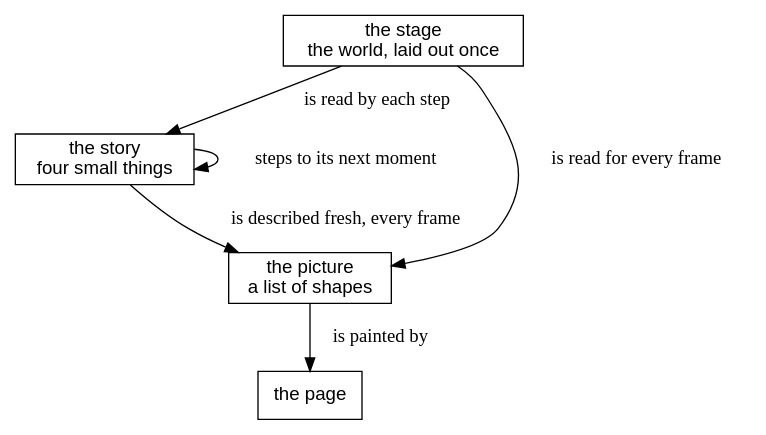
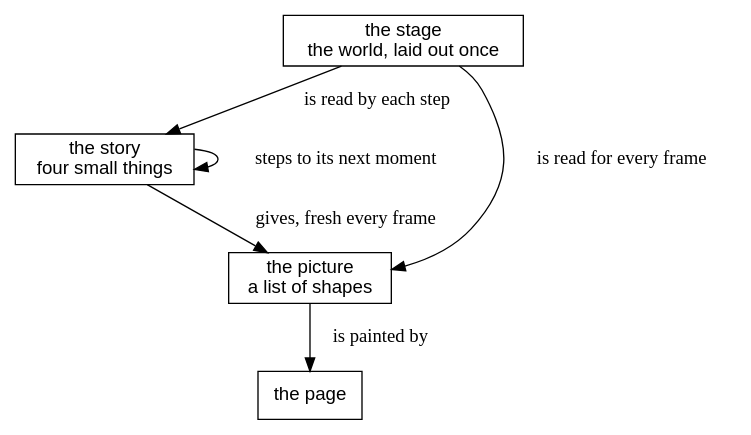
The first of 29 diagrams in canvas_apps/safari/tutorial/tutorial.md (showell/roc-apps), drawn with Graphviz before and after one commit. The commit also changed other lines of this file, not shown here.

First line of the commit message:
safari book: A small story, a rich picture, the cold checks' fixes

````diff
--- a/canvas_apps/safari/tutorial/tutorial.md
+++ b/canvas_apps/safari/tutorial/tutorial.md
@@ -53,14 +55,14 @@
 ```dot
 digraph design {
   node [shape=box, fontname="Helvetica"];
   stage [label="the stage\nthe world, laid out once"];
   story [label="the story\nfour small things"];
   picture [label="the picture\na list of shapes"];
   page [label="the page"];
   stage -> story [label="  is read by each step"];
   story -> story [label="  steps to its next moment"];
   stage -> picture [label="  is read for every frame"];
-  story -> picture [label="  is described fresh, every frame"];
+  story -> picture [label="  gives, fresh every frame"];
   picture -> page [label="  is painted by"];
 }
 ```
````
